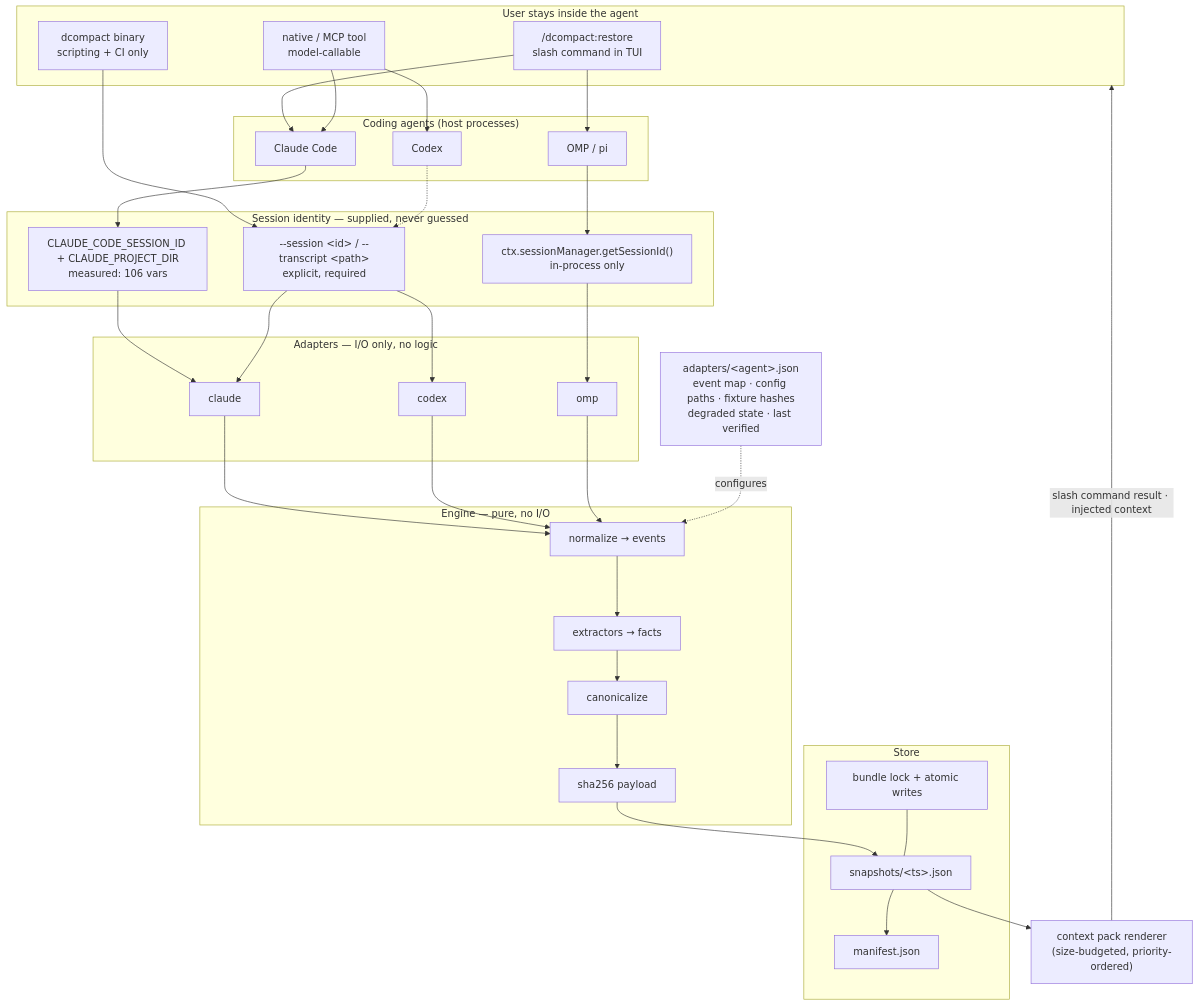
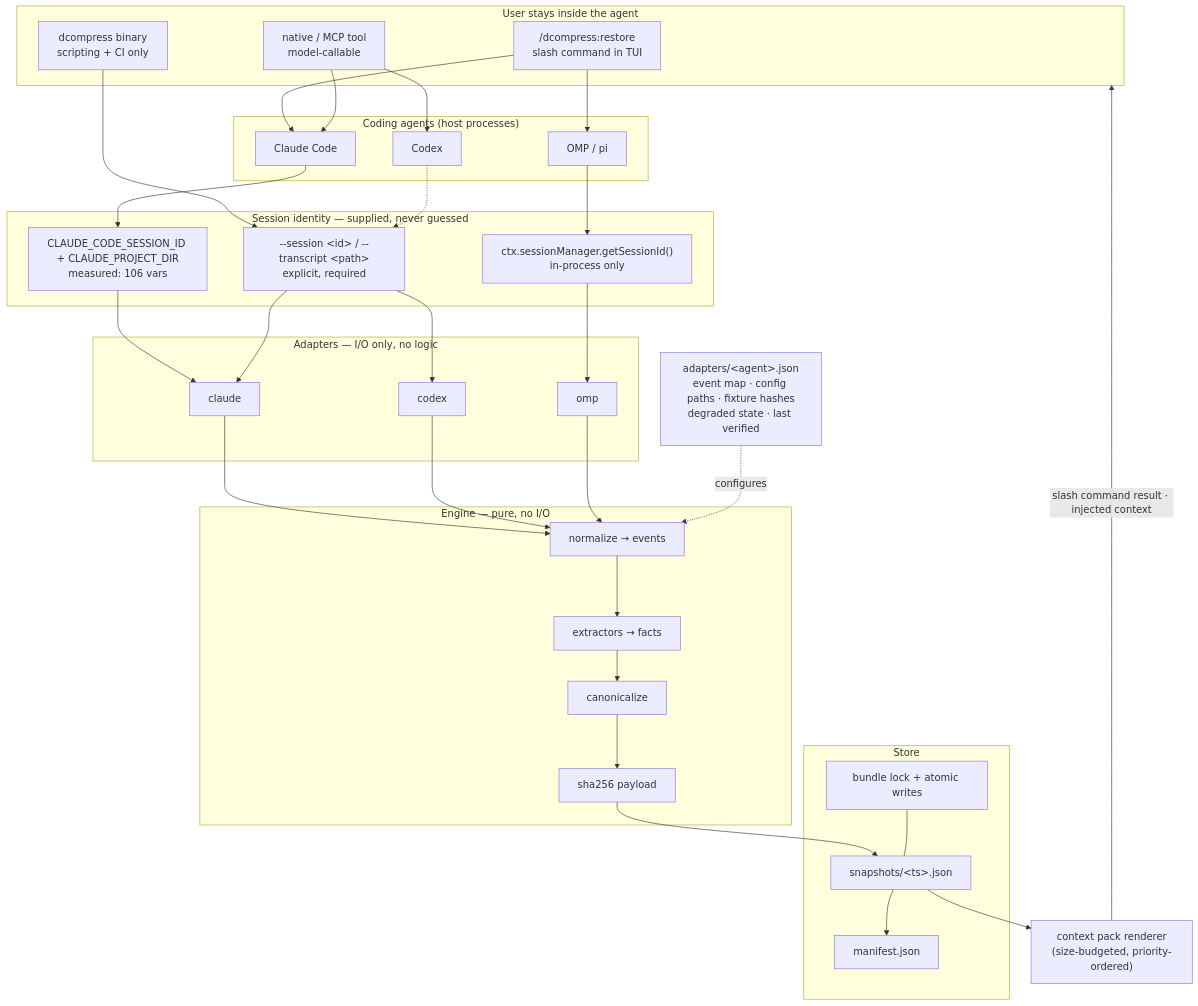
The diagram in docs/CONCEPT.md (TomaszGonczar/dCompress), drawn with Mermaid before and after one commit. The commit also changed other lines of this file and 61 other files, not shown here.

````diff
--- a/docs/CONCEPT.md
+++ b/docs/CONCEPT.md
@@ -229,65 +229,65 @@
 ```mermaid
 flowchart TD
     subgraph User["User stays inside the agent"]
-        SC["/dcompact:restore<br/>slash command in TUI"]
+        SC["/dcompress:restore<br/>slash command in TUI"]
         TOOL["native / MCP tool<br/>model-callable"]
-        CLI["dcompact binary<br/>scripting + CI only"]
+        CLI["dcompress binary<br/>scripting + CI only"]
     end
 
     subgraph Agents["Coding agents (host processes)"]
         CC["Claude Code"]
         CX["Codex"]
         OMP["OMP / pi"]
     end
 
     subgraph Identity["Session identity — supplied, never guessed"]
         ENV["CLAUDE_CODE_SESSION_ID + CLAUDE_PROJECT_DIR<br/>measured: 106 vars"]
         CTX["ctx.sessionManager.getSessionId()<br/>in-process only"]
         EXPL["--session &lt;id&gt; / --transcript &lt;path&gt;<br/>explicit, required"]
     end
 
     subgraph Adapters["Adapters — I/O only, no logic"]
         ACC["claude"]
         ACX["codex"]
         AOMP["omp"]
     end
 
     ADAPTERDEF["adapters/&lt;agent&gt;.json<br/>event map · config paths · fixture hashes<br/>degraded state · last verified"]
 
     subgraph Core["Engine — pure, no I/O"]
         NORM["normalize → events"]
         EXTR["extractors → facts"]
         CANON["canonicalize"]
         HASH["sha256 payload"]
     end
 
     subgraph IO["Store"]
         SNAP["snapshots/&lt;ts&gt;.json"]
         MAN["manifest.json"]
         LOCK["bundle lock + atomic writes"]
     end
 
     PACK["context pack renderer<br/>(size-budgeted, priority-ordered)"]
 
     SC --> CC
     TOOL --> CC
     SC --> OMP
     TOOL --> CX
     CLI --> EXPL
     CC --> ENV
     OMP --> CTX
     CX -.-> EXPL
     ENV --> ACC
     CTX --> AOMP
     EXPL --> ACC
     EXPL --> ACX
     ACC --> NORM
     ACX --> NORM
     AOMP --> NORM
     ADAPTERDEF -.configures.-> NORM
     NORM --> EXTR --> CANON --> HASH --> SNAP
     SNAP --> MAN
     LOCK --- SNAP
     SNAP --> PACK
     PACK -->|slash command result · injected context| User
 ```
````
